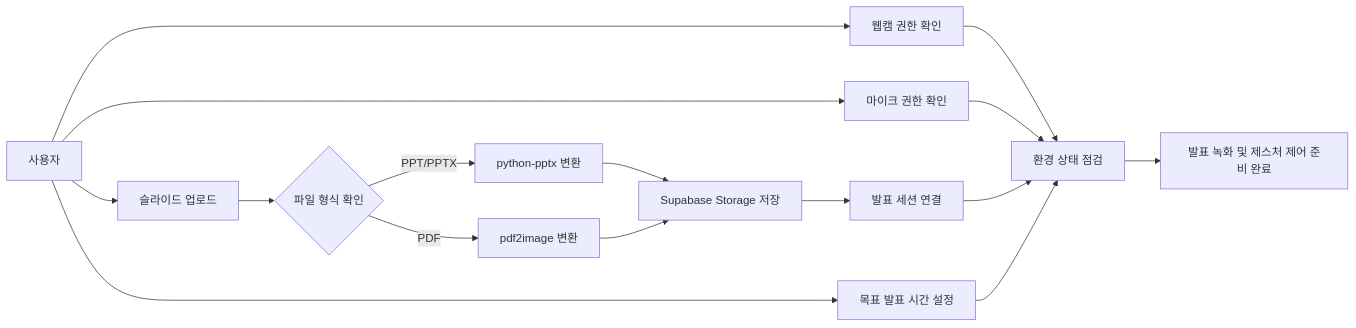
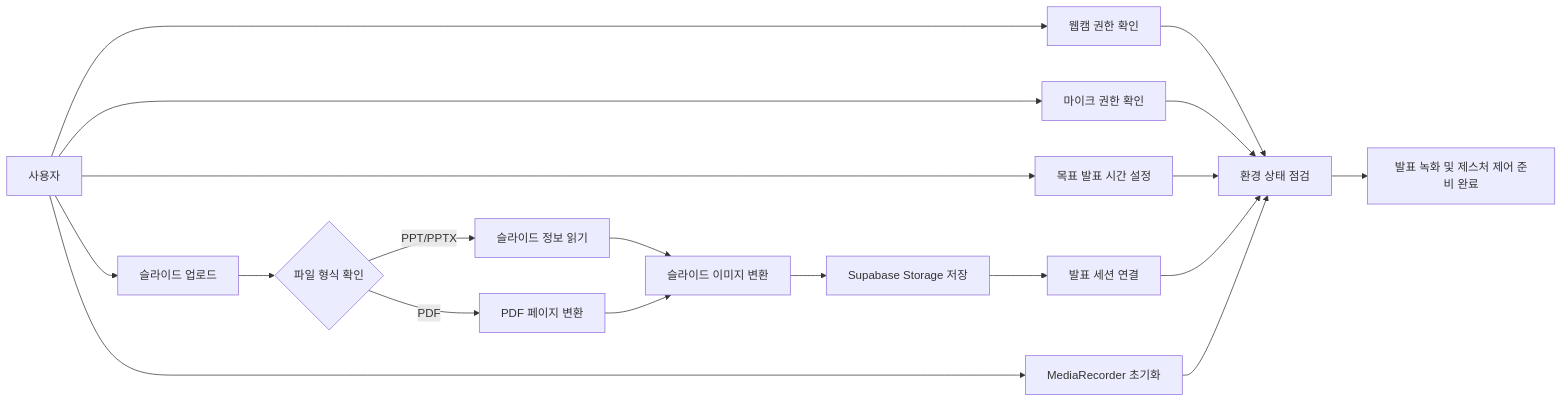
One commit to aikian/presentation changed the diagram in DSD.md. Above: the diagram before and after it, drawn with Mermaid. The commit also changed other lines of this file, not shown here.

````diff
--- a/DSD.md
+++ b/DSD.md
@@ -197,25 +197,29 @@
 ```mermaid
 flowchart LR
     User["사용자"] --> Upload["슬라이드 업로드"]
 
     Upload --> Branch{"파일 형식 확인"}
 
-    Branch -->|"PPT/PPTX"| PPT["python-pptx 변환"]
-    Branch -->|"PDF"| PDF["pdf2image 변환"]
+    Branch -->|"PPT/PPTX"| PPT["슬라이드 정보 읽기"]
+    Branch -->|"PDF"| PDF["PDF 페이지 변환"]
 
-    PPT --> Storage["Supabase Storage 저장"]
-    PDF --> Storage
+    PPT --> Convert["슬라이드 이미지 변환"]
+    PDF --> Convert
 
+    Convert --> Storage["Supabase Storage 저장"]
     Storage --> Session["발표 세션 연결"]
 
     User --> Webcam["웹캠 권한 확인"]
     User --> Mic["마이크 권한 확인"]
     User --> Time["목표 발표 시간 설정"]
 
+    User --> Recorder["MediaRecorder 초기화"]
+
     Webcam --> Check["환경 상태 점검"]
     Mic --> Check
+    Time --> Check
     Session --> Check
-    Time --> Check
+    Recorder --> Check
 
     Check --> Ready["발표 녹화 및 제스처 제어 준비 완료"]
 ```
````
